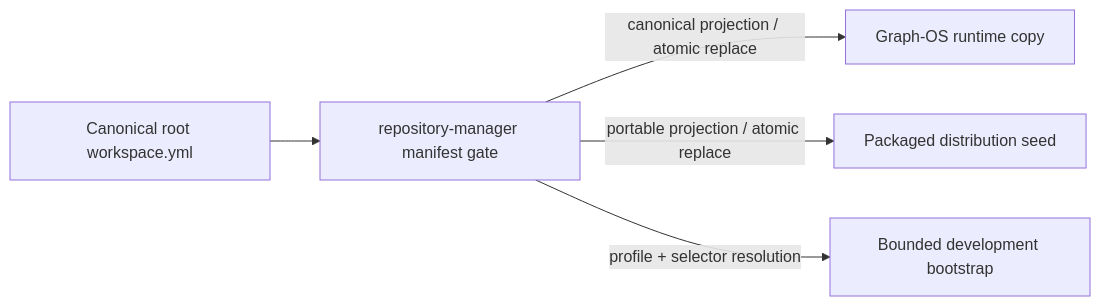
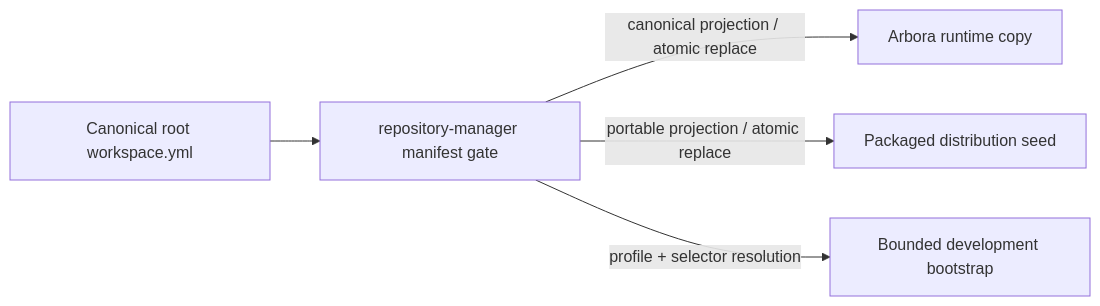
Before and after one commit to Knuckles-Team/repository-manager: the third of 3 diagrams in docs/usage.md, drawn with Mermaid. The commit also changed other lines of this file and 41 other files, not shown here.

First line of the commit message:
chore: rename graph-os terminology to arbora [skip ci]

````diff
--- a/docs/usage.md
+++ b/docs/usage.md
@@ -246,7 +246,7 @@
 ```mermaid
 flowchart LR
     ROOT[Canonical root workspace.yml] --> GATE[repository-manager manifest gate]
-    GATE -->|canonical projection / atomic replace| XDG[Graph-OS runtime copy]
+    GATE -->|canonical projection / atomic replace| XDG[Arbora runtime copy]
     GATE -->|portable projection / atomic replace| SEED[Packaged distribution seed]
     GATE -->|profile + selector resolution| BOOT[Bounded development bootstrap]
 ```
````
